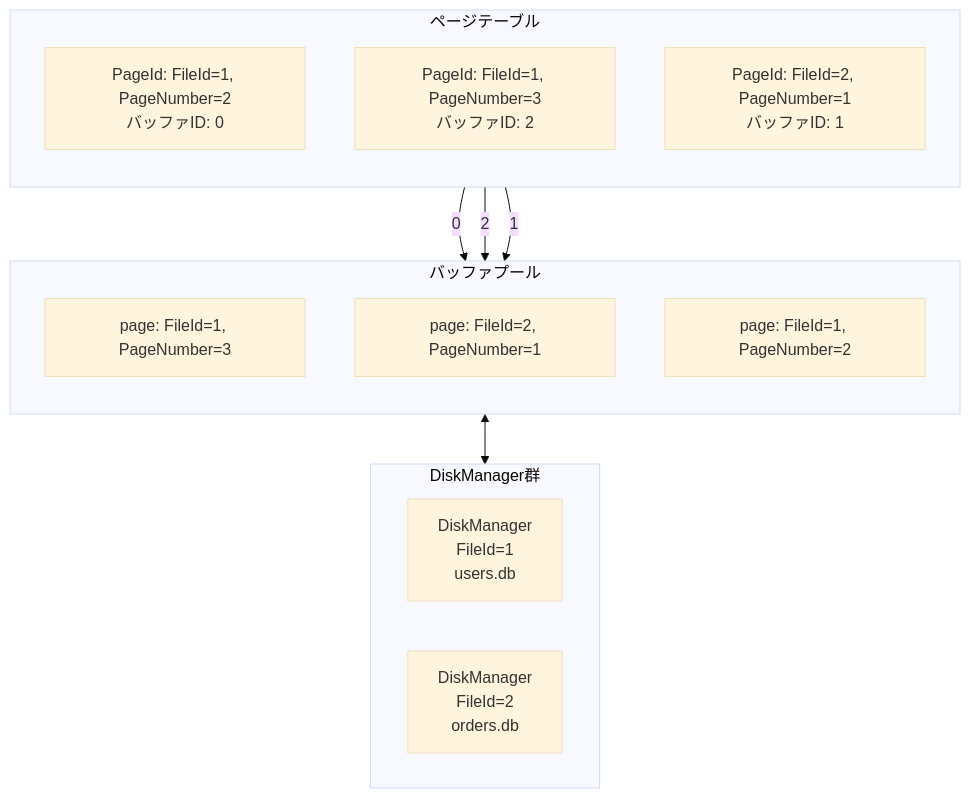
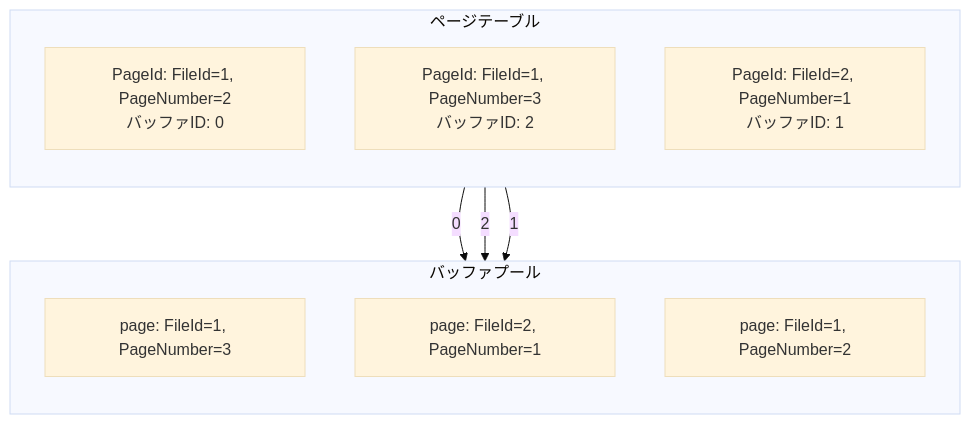
The first of 2 diagrams in docs/architecture/bufferpool.md (ren-yamanashi/minesql), drawn with Mermaid (base theme) before and after one commit. The commit also changed 2 other files, not shown here.

````diff
--- a/docs/architecture/bufferpool.md
+++ b/docs/architecture/bufferpool.md
@@ -23,27 +23,20 @@
 ```mermaid
 graph TD
   subgraph pageTable[ページテーブル]
     direction TB
     PT1[PageId: FileId=1, PageNumber=2<br>バッファID: 0]
     PT2[PageId: FileId=1, PageNumber=3<br>バッファID: 2]
     PT3[PageId: FileId=2, PageNumber=1<br>バッファID: 1]
     end
 
   subgraph bufferPool[バッファプール]
     direction TB
     P1[page: FileId=1, PageNumber=3]
     P2[page: FileId=2, PageNumber=1]
     P3[page: FileId=1, PageNumber=2]
   end
 
   PT2 --0--> P1
   PT1 --2--> P3
   PT3 --1--> P2
-
-  subgraph diskManagers[DiskManager群]
-    DM1[DiskManager<br>FileId=1<br>users.db]
-    DM2[DiskManager<br>FileId=2<br>orders.db]
-  end
-
-  bufferPool <--> diskManagers
 ```
````
